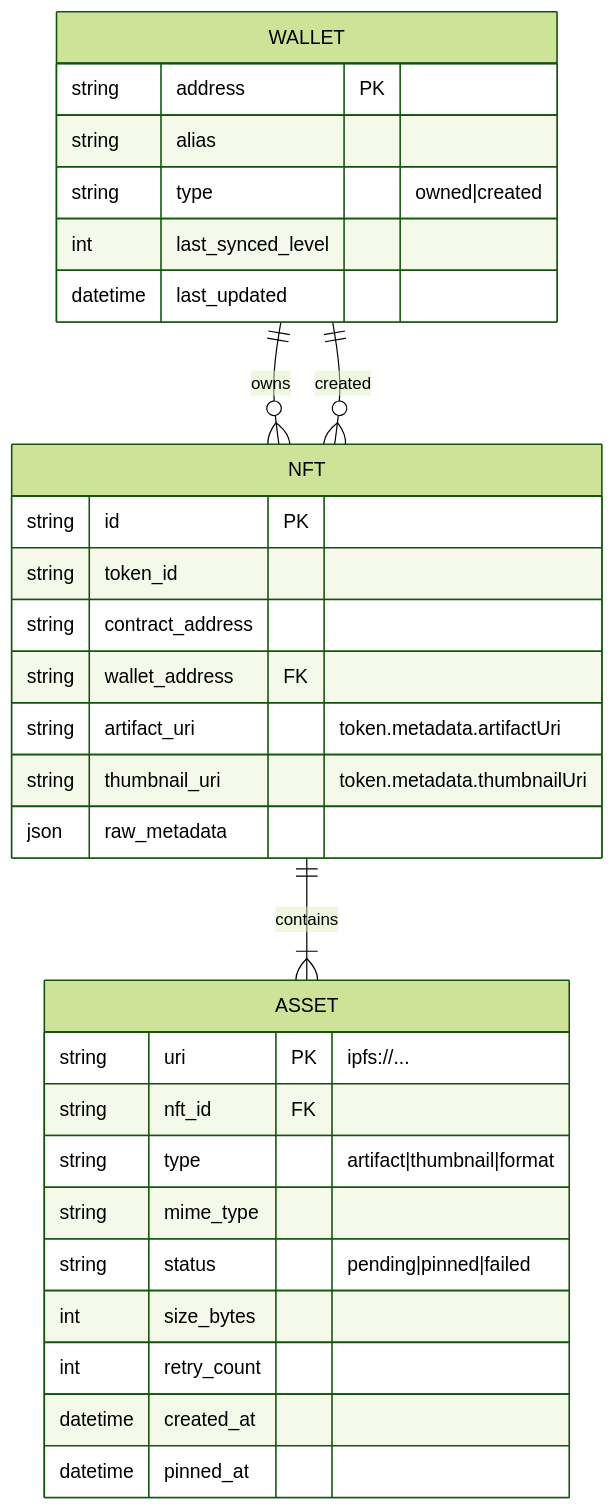
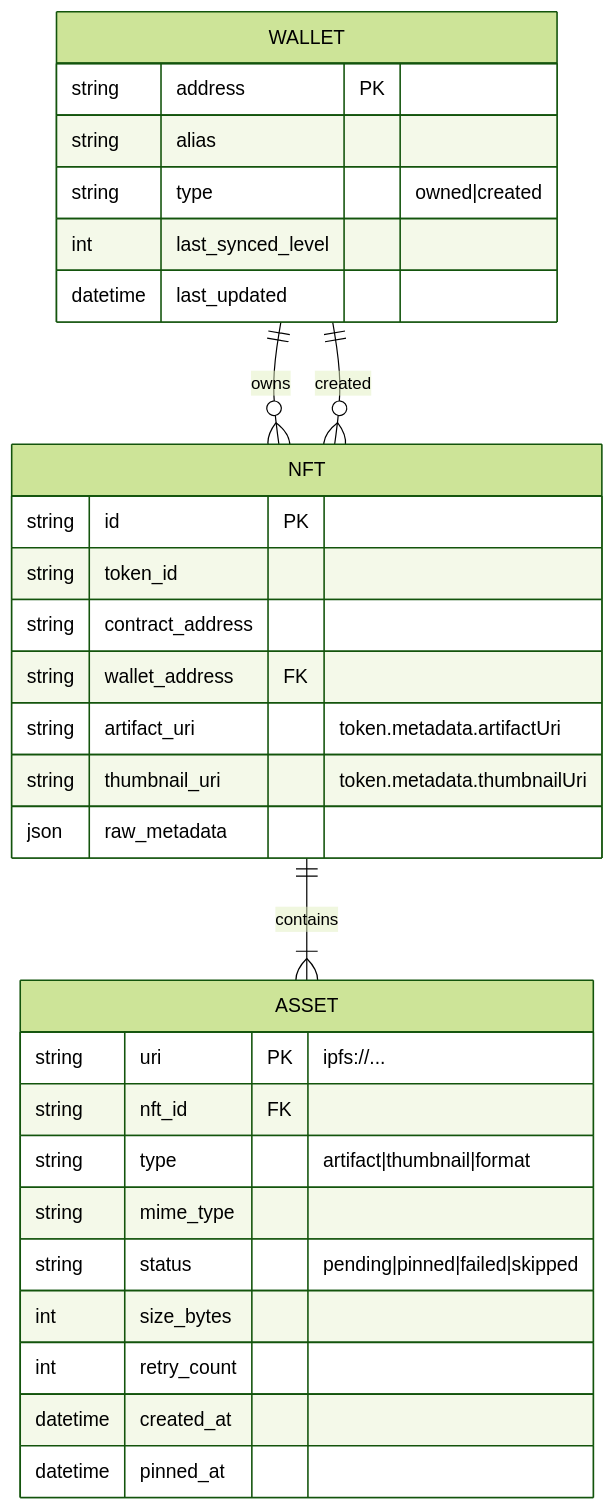
The fourth of 4 diagrams in docs/architecture.md (skullzarmy/porcupin-ipfs-backup-node), drawn with Mermaid (forest theme) before and after one commit. The commit also changed other lines of this file and 9 other files, not shown here.

````diff
--- a/docs/architecture.md
+++ b/docs/architecture.md
@@ -163,36 +165,36 @@
 ```mermaid
 erDiagram
     WALLET ||--o{ NFT : owns
     WALLET ||--o{ NFT : created
     NFT ||--|{ ASSET : contains
 
     WALLET {
         string address PK
         string alias
         string type "owned|created"
         int last_synced_level
         datetime last_updated
     }
 
     NFT {
         string id PK
         string token_id
         string contract_address
         string wallet_address FK
         string artifact_uri "token.metadata.artifactUri"
         string thumbnail_uri "token.metadata.thumbnailUri"
         json raw_metadata
     }
 
     ASSET {
         string uri PK "ipfs://..."
         string nft_id FK
         string type "artifact|thumbnail|format"
         string mime_type
-        string status "pending|pinned|failed"
+        string status "pending|pinned|failed|skipped"
         int size_bytes
         int retry_count
         datetime created_at
         datetime pinned_at
     }
 ```
````
